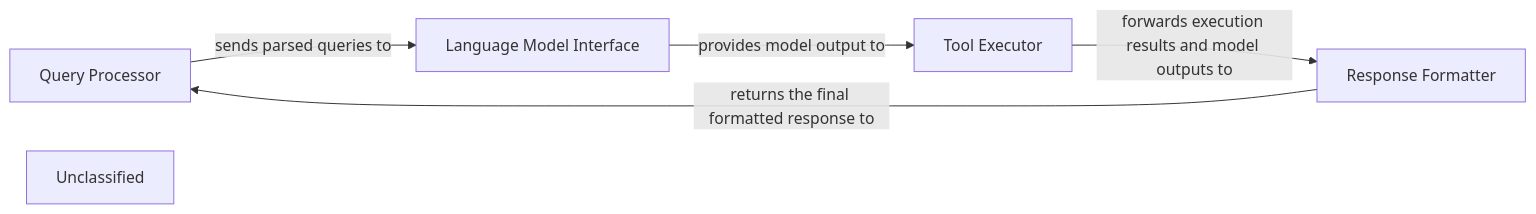
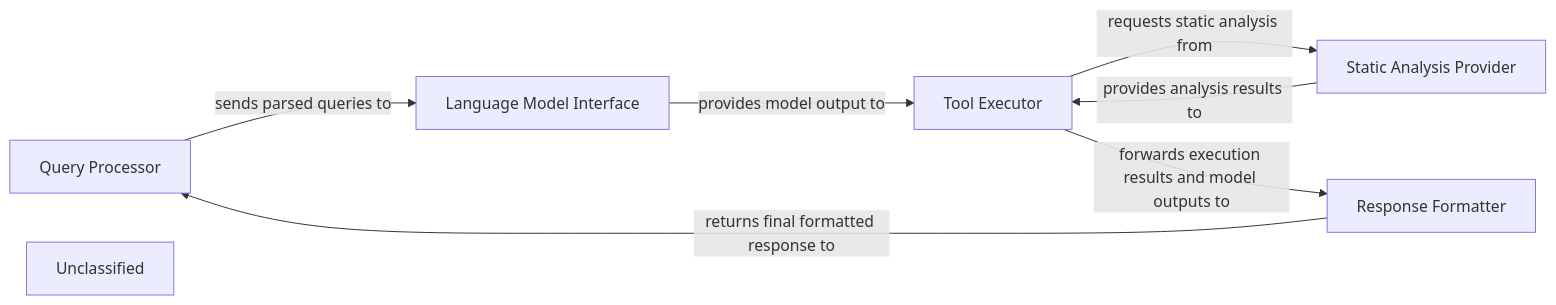
The diagram in .codeboarding/AI_Processing_Layer.md (CodeBoarding/CodeBoarding), drawn with Mermaid before and after one commit. The commit also changed other lines of this file and 17 other files, not shown here.

First line of the commit message:
docs: update codeboarding documentation and generate architecture

````diff
--- a/.codeboarding/AI_Processing_Layer.md
+++ b/.codeboarding/AI_Processing_Layer.md
@@ -1,12 +1,15 @@
 ```mermaid
 graph LR
     Query_Processor["Query Processor"]
     Language_Model_Interface["Language Model Interface"]
     Tool_Executor["Tool Executor"]
+    Static_Analysis_Provider["Static Analysis Provider"]
     Response_Formatter["Response Formatter"]
     Unclassified["Unclassified"]
     Query_Processor -- "sends parsed queries to" --> Language_Model_Interface
     Language_Model_Interface -- "provides model output to" --> Tool_Executor
+    Tool_Executor -- "requests static analysis from" --> Static_Analysis_Provider
+    Static_Analysis_Provider -- "provides analysis results to" --> Tool_Executor
     Tool_Executor -- "forwards execution results and model outputs to" --> Response_Formatter
-    Response_Formatter -- "returns the final formatted response to" --> Query_Processor
+    Response_Formatter -- "returns final formatted response to" --> Query_Processor
 ```
````
